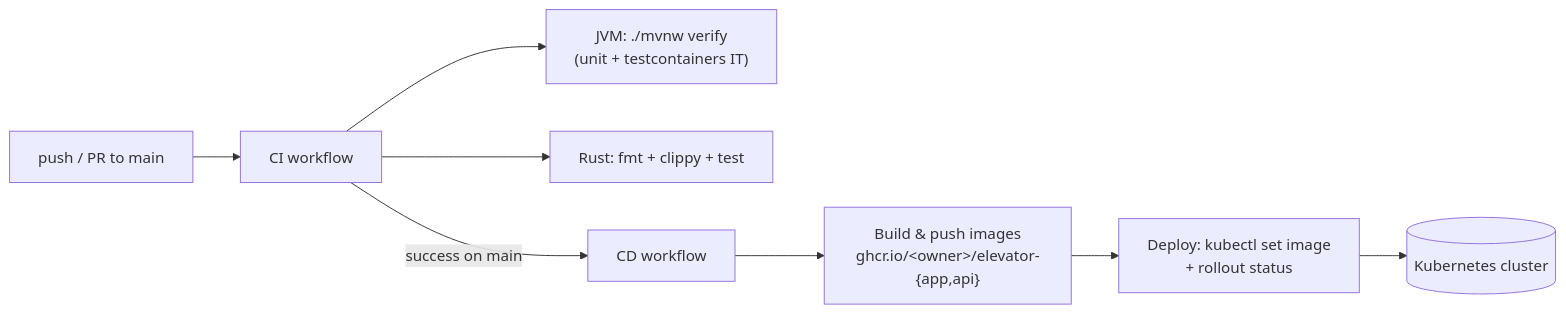
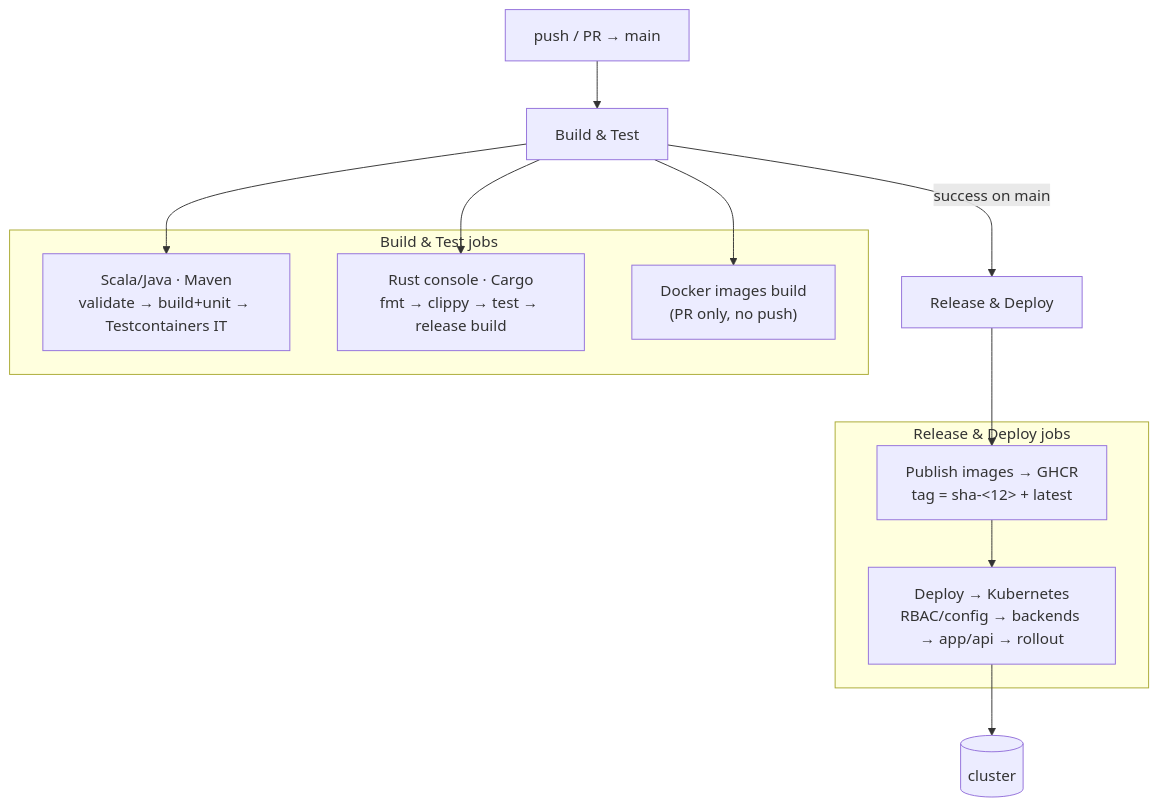
Before and after one commit to TwistedLady/elevator-system: the diagram in docs/CICD.md, drawn with Mermaid. The commit also changed other lines of this file and 4 other files, not shown here.

````diff
--- a/docs/CICD.md
+++ b/docs/CICD.md
@@ -6,10 +12,18 @@
 ```mermaid
-flowchart LR
-    push["push / PR to main"] --> ci["CI workflow"]
-    ci --> jvm["JVM: ./mvnw verify<br/>(unit + testcontainers IT)"]
-    ci --> rust["Rust: fmt + clippy + test"]
-    ci -->|success on main| cd["CD workflow"]
-    cd --> img["Build & push images<br/>ghcr.io/&lt;owner&gt;/elevator-{app,api}"]
-    img --> dep["Deploy: kubectl set image<br/>+ rollout status"]
-    dep --> k8s[("Kubernetes cluster")]
+flowchart TB
+    push["push / PR → main"] --> bt["Build &amp; Test"]
+
+    subgraph bt_jobs["Build &amp; Test jobs"]
+        jvm["Scala/Java · Maven<br/>validate → build+unit → Testcontainers IT"]
+        rust["Rust console · Cargo<br/>fmt → clippy → test → release build"]
+        img["Docker images build<br/>(PR only, no push)"]
+    end
+    bt --> jvm & rust & img
+
+    bt -->|success on main| rd["Release &amp; Deploy"]
+    subgraph rd_jobs["Release &amp; Deploy jobs"]
+        pub["Publish images → GHCR<br/>tag = sha-&lt;12&gt; + latest"]
+        dep["Deploy → Kubernetes<br/>RBAC/config → backends → app/api → rollout"]
+    end
+    rd --> pub --> dep --> k8s[("cluster")]
 ```
````
